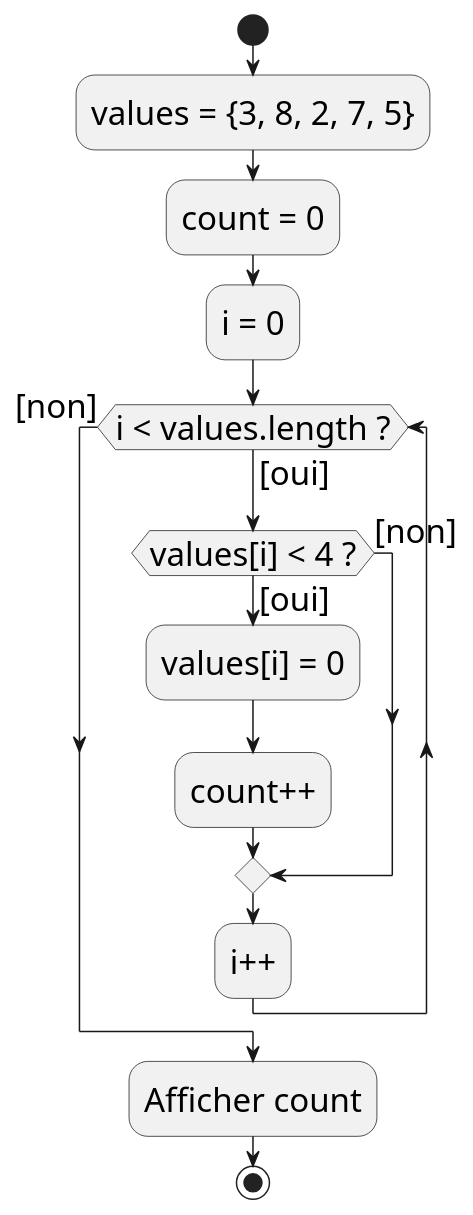
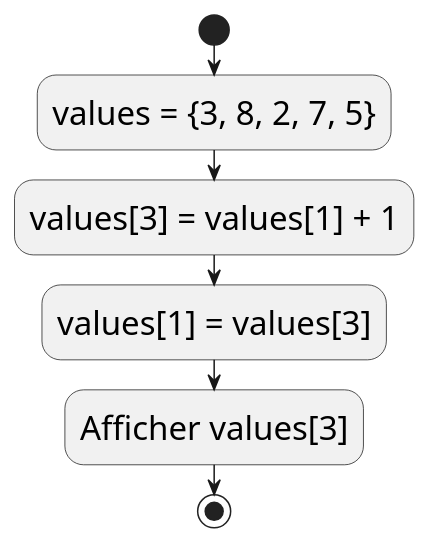
Before and after one commit to heig-vd-progim-course/heig-vd-progim1-course: the diagram in materiel/08-tableaux-et-lancement-du-mini-projet/diagrammes/a08.puml, drawn with PlantUML. The commit also changed 17 other files, not shown here.

```diff
--- a/materiel/08-tableaux-et-lancement-du-mini-projet/diagrammes/a08.puml
+++ b/materiel/08-tableaux-et-lancement-du-mini-projet/diagrammes/a08.puml
@@ -1,21 +1,13 @@
 @startuml a08
 skinparam backgroundColor transparent
 skinparam defaultFontName sans-serif
 skinparam defaultFontSize 22
 !pragma useVerticalIf on
 
 start
 :values = {3, 8, 2, 7, 5};
-:count = 0;
-:i = 0;
-while (i < values.length ?) is ([oui])
-  if (values[i] < 4 ?) then ([oui])
-    :values[i] = 0;
-    :count++;
-  else ([non])
-  endif
-  :i++;
-endwhile ([non])
-:Afficher count;
+:values[3] = values[1] + 1;
+:values[1] = values[3];
+:Afficher values[3];
 stop
 @enduml
```
